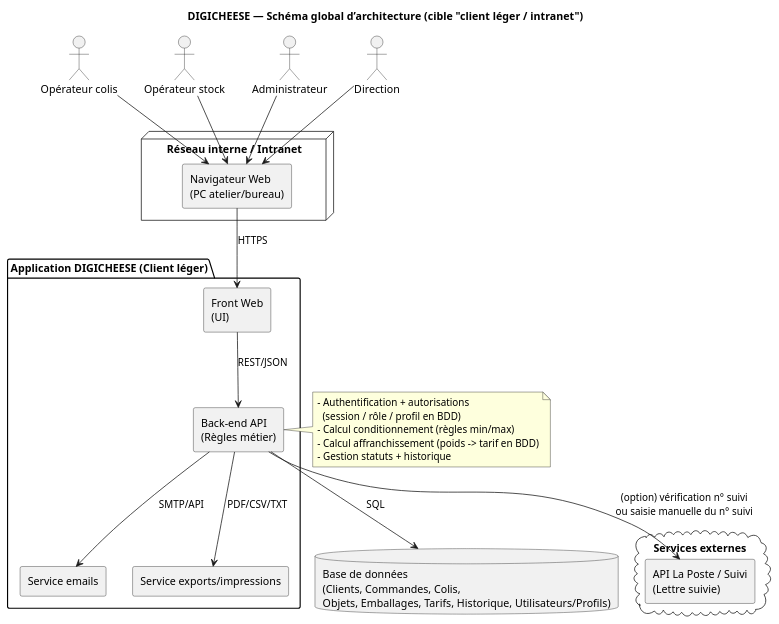
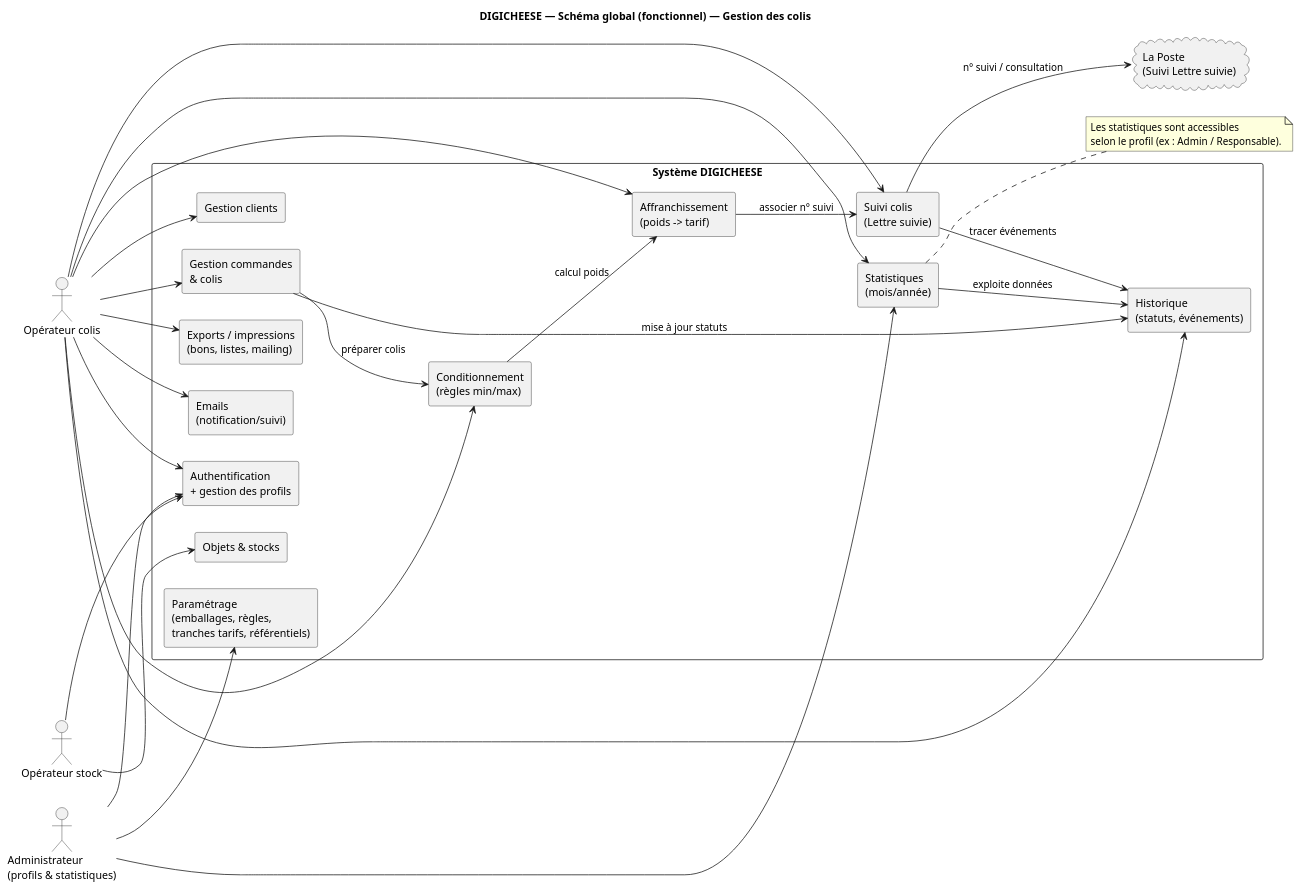
The diagram in fromagerie_digicheese_baptiste_rouault/puml/02_architecture.puml (RouaultBaptiste/uml-projet), drawn with PlantUML before and after one commit. The commit also changed 7 other files, not shown here.

First line of the commit message:
Mise à jour des diagrammes UML et ajout de nouvelles images

```diff
--- a/fromagerie_digicheese_baptiste_rouault/puml/02_architecture.puml
+++ b/fromagerie_digicheese_baptiste_rouault/puml/02_architecture.puml
@@ -1,49 +1,82 @@
 @startuml
-title DIGICHEESE — Schéma global d’architecture (cible "client léger / intranet") 
+title DIGICHEESE — Schéma global (fonctionnel) — Gestion des colis
+skinparam shadowing false
+left to right direction
+skinparam componentStyle rectangle
 
-skinparam componentStyle rectangle
-skinparam shadowing false
+' =========================
+' Acteurs
+' =========================
+actor "Opérateur colis" as OpColis
+actor "Opérateur stock" as OpStock
+actor "Administrateur\n(profils & statistiques)" as Admin
 
-actor "Opérateur colis" as op
-actor "Opérateur stock" as stock
-actor "Administrateur" as admin
-actor "Direction" as dir
+' =========================
+' Système
+' =========================
+rectangle "Système DIGICHEESE" as SYS {
 
-node "Réseau interne / Intranet" {
-  [Navigateur Web\n(PC atelier/bureau)] as browser
+  [Gestion clients] as FClients
+  [Gestion commandes\n& colis] as FCmd
+  [Exports / impressions\n(bons, listes, mailing)] as FExport
+  [Emails\n(notification/suivi)] as FMail
+
+  [Authentification\n+ gestion des profils] as FAuth
+  [Objets & stocks] as FStock
+  [Paramétrage\n(emballages, règles,\ntranches tarifs, référentiels)] as FAdmin
+
+  [Conditionnement\n(règles min/max)] as FPack
+  [Affranchissement\n(poids -> tarif)] as FPost
+  [Suivi colis\n(Lettre suivie)] as FTrack
+
+  [Statistiques\n(mois/année)] as FStats
+  [Historique\n(statuts, événements)] as FHist
 }
 
-cloud "Services externes" {
-  [API La Poste / Suivi\n(Lettre suivie)] as laposte
-}
+' =========================
+' Externe
+' =========================
+cloud "La Poste\n(Suivi Lettre suivie)" as Poste
 
-package "Application DIGICHEESE (Client léger)" {
-  [Front Web\n(UI)] as front
-  [Back-end API\n(Règles métier)] as api
-  [Service emails] as mail
-  [Service exports/impressions] as export
-}
+' =========================
+' Interactions Acteurs -> Fonctions
+' =========================
+OpColis --> FAuth
+OpColis --> FClients
+OpColis --> FCmd
+OpColis --> FPack
+OpColis --> FPost
+OpColis --> FTrack
+OpColis --> FHist
+OpColis --> FExport
+OpColis --> FMail
+OpColis --> FStats
 
-database "Base de données\n(Clients, Commandes, Colis,\nObjets, Emballages, Tarifs, Historique, Utilisateurs/Profils)" as db
+OpStock --> FAuth
+OpStock --> FStock
 
-op --> browser
-stock --> browser
-admin --> browser
-dir --> browser
+Admin --> FAuth
+Admin --> FAdmin
+Admin --> FStats
 
-browser --> front : HTTPS
-front --> api : REST/JSON
+' =========================
+' Liens fonctionnels (logique métier)
+' =========================
+FCmd --> FPack : préparer colis
+FPack --> FPost : calcul poids
+FPost --> FTrack : associer n° suivi
 
-api --> db : SQL
-api --> mail : SMTP/API
-api --> export : PDF/CSV/TXT
-api --> laposte : (option) vérification n° suivi\nou saisie manuelle du n° suivi
+FCmd --> FHist : mise à jour statuts
+FTrack --> FHist : tracer événements
+FStats --> FHist : exploite données
 
-note right of api
-- Authentification + autorisations
-  (session / rôle / profil en BDD)
-- Calcul conditionnement (règles min/max)
-- Calcul affranchissement (poids -> tarif en BDD)
-- Gestion statuts + historique
+' =========================
+' Interaction externe
+' =========================
+FTrack --> Poste : n° suivi / consultation
+
+note right of FStats
+Les statistiques sont accessibles
+selon le profil (ex : Admin / Responsable).
 end note
-@endumls
+@enduml
```
